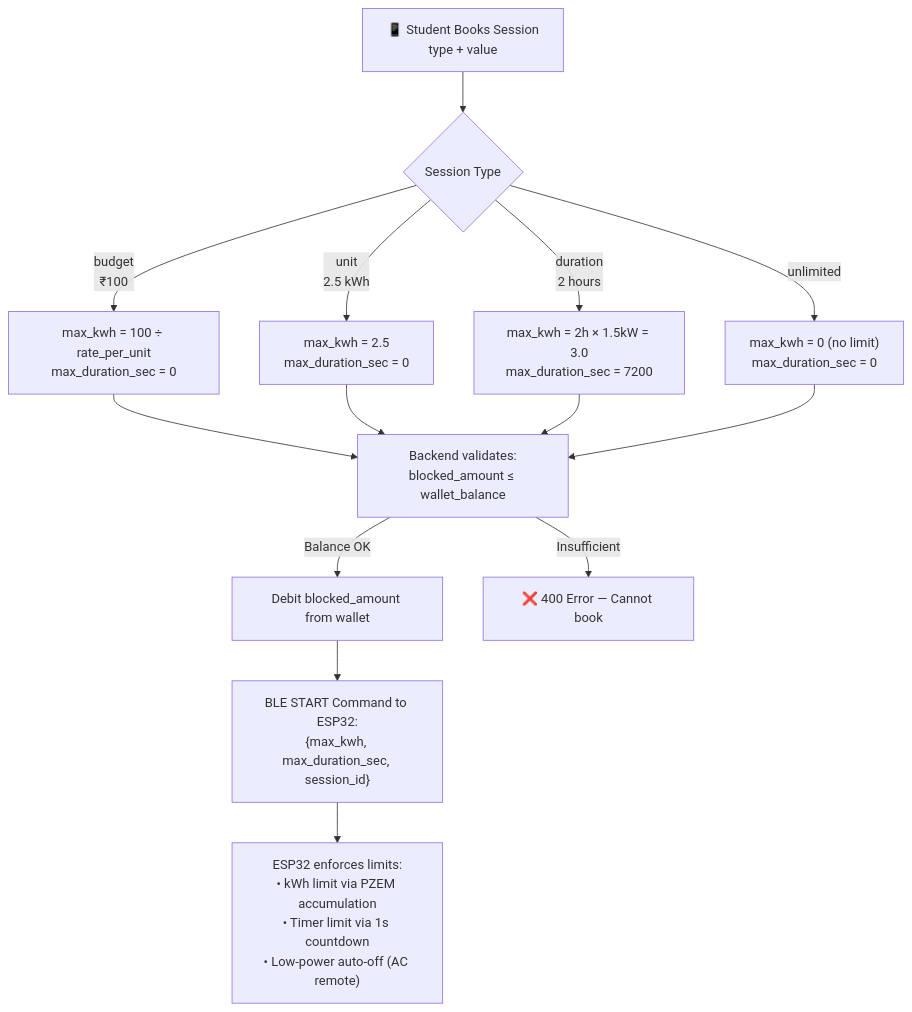
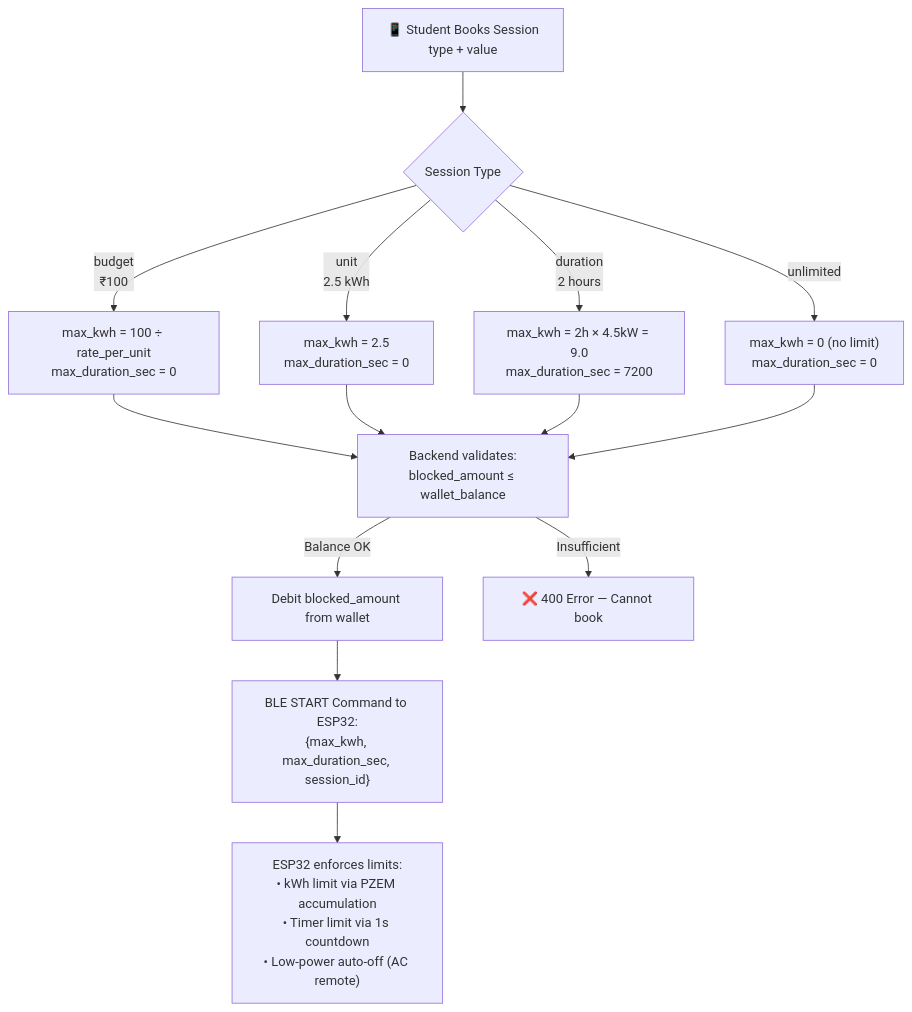
The tenth of 10 diagrams in docs/architecture_diagram.md (dhrumil92/fairac), drawn with Mermaid before and after one commit. The commit also changed other lines of this file and 6 other files, not shown here.

Commit message:
Fixed MASSIVE BUG (the If the phone syncs 24 hours after the AC turned off, participants' timelines are stretched to 24 hours, destroying the proportional ratio), updated the chat.md, corrected the architecture.md and architecture_diagram.md files from (1.5kwh to 4.5kwh when booked with duration)

````diff
--- a/docs/architecture_diagram.md
+++ b/docs/architecture_diagram.md
@@ -548,18 +548,18 @@
 ```mermaid
 flowchart TD
     INPUT["📱 Student Books Session\ntype + value"] --> SWITCH{Session Type}
 
     SWITCH -->|"budget\n₹100"| B1["max_kwh = 100 ÷ rate_per_unit\nmax_duration_sec = 0"]
     SWITCH -->|"unit\n2.5 kWh"| B2["max_kwh = 2.5\nmax_duration_sec = 0"]
-    SWITCH -->|"duration\n2 hours"| B3["max_kwh = 2h × 1.5kW = 3.0\nmax_duration_sec = 7200"]
+    SWITCH -->|"duration\n2 hours"| B3["max_kwh = 2h × 4.5kW = 9.0\nmax_duration_sec = 7200"]
     SWITCH -->|"unlimited"| B4["max_kwh = 0 (no limit)\nmax_duration_sec = 0"]
 
     B1 & B2 & B3 & B4 --> VALIDATE["Backend validates:\nblocked_amount ≤ wallet_balance"]
 
     VALIDATE -->|"Balance OK"| BLOCK["Debit blocked_amount from wallet"]
     VALIDATE -->|"Insufficient"| REJECT["❌ 400 Error — Cannot book"]
 
     BLOCK --> BLE["BLE START Command to ESP32:\n{max_kwh, max_duration_sec, session_id}"]
 
     BLE --> ESP32["ESP32 enforces limits:\n• kWh limit via PZEM accumulation\n• Timer limit via 1s countdown\n• Low-power auto-off (AC remote)"]
 ```
````
